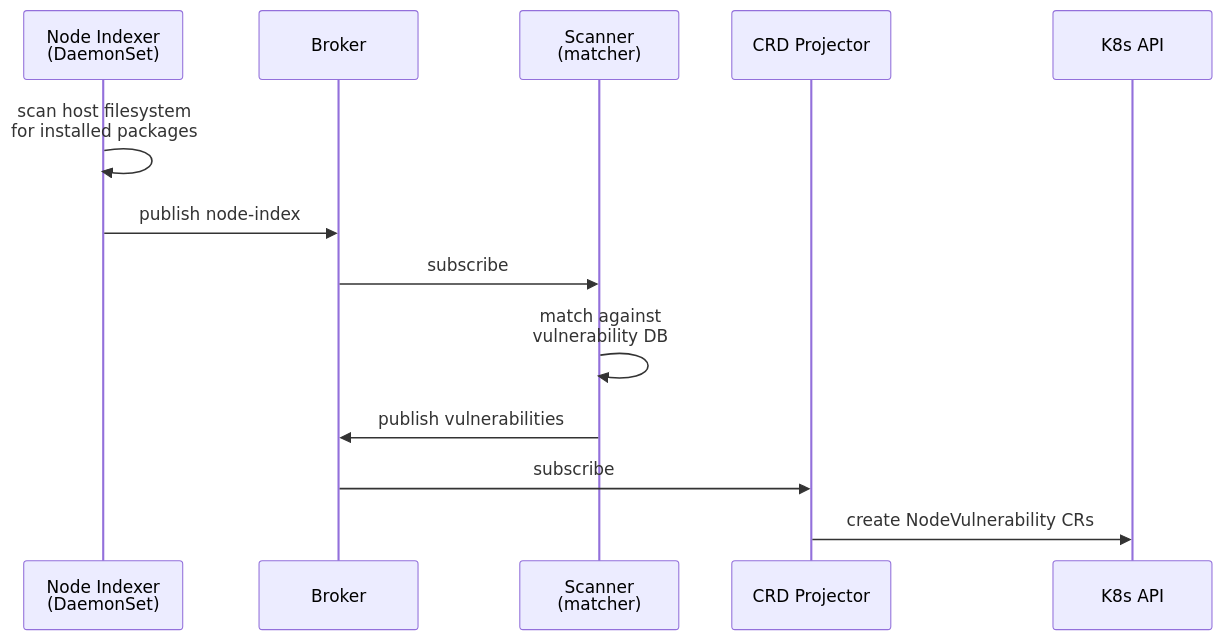
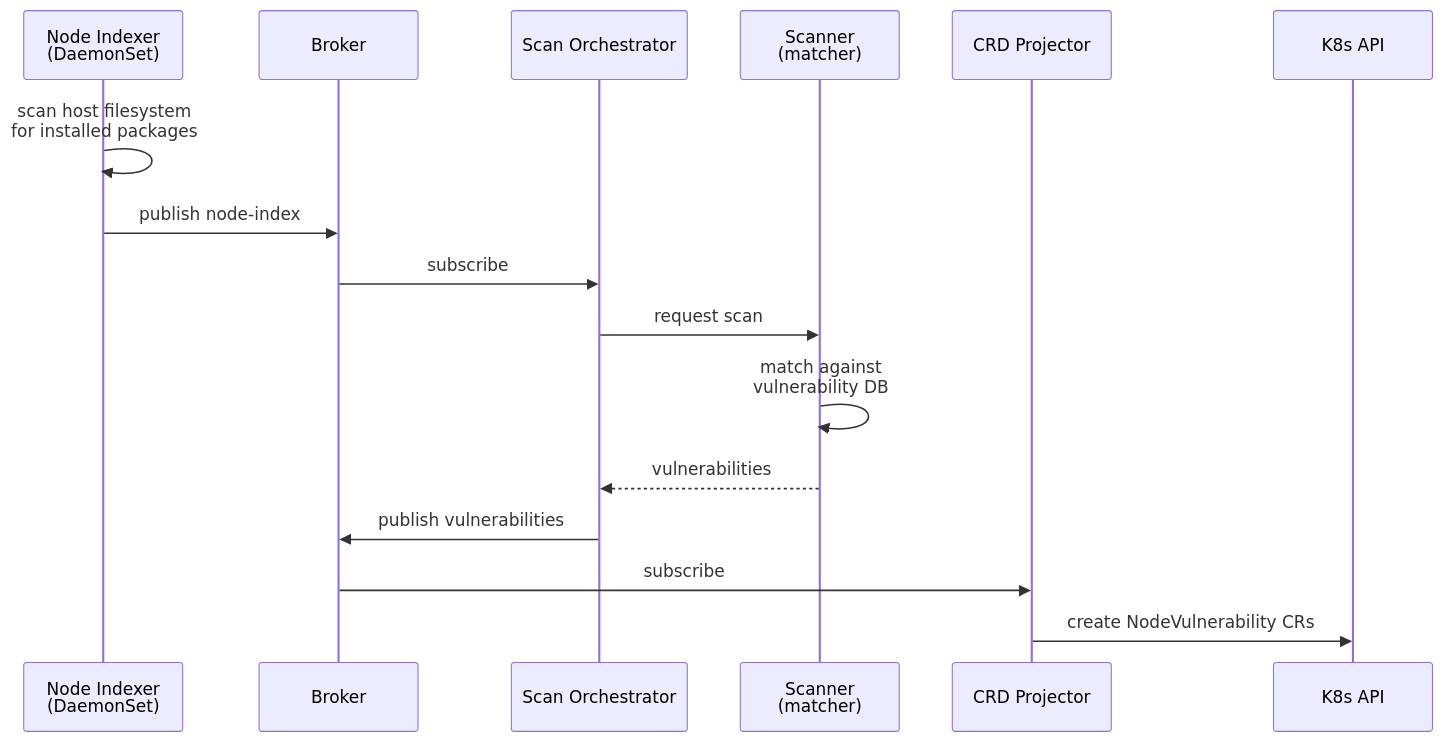
The second of 2 diagrams in docs/architecture/crds.md (kylape/acs-next), drawn with Mermaid before and after one commit.

Commit message:
Add Scan Orchestrator to node scanning flow
New component that subscribes to node-index events, requests scans
from Scanner, and publishes results back to broker. Replaces the
coordination role that Central plays today.

````diff
--- a/docs/architecture/crds.md
+++ b/docs/architecture/crds.md
@@ -278,16 +278,19 @@
 ```mermaid
 sequenceDiagram
     participant Indexer as Node Indexer<br/>(DaemonSet)
     participant Broker
+    participant Orch as Scan Orchestrator
     participant Scanner as Scanner<br/>(matcher)
     participant Projector as CRD Projector
     participant API as K8s API
 
     Indexer->>Indexer: scan host filesystem<br/>for installed packages
     Indexer->>Broker: publish node-index
-    Broker->>Scanner: subscribe
+    Broker->>Orch: subscribe
+    Orch->>Scanner: request scan
     Scanner->>Scanner: match against<br/>vulnerability DB
-    Scanner->>Broker: publish vulnerabilities
+    Scanner-->>Orch: vulnerabilities
+    Orch->>Broker: publish vulnerabilities
     Broker->>Projector: subscribe
     Projector->>API: create NodeVulnerability CRs
 ```
````
